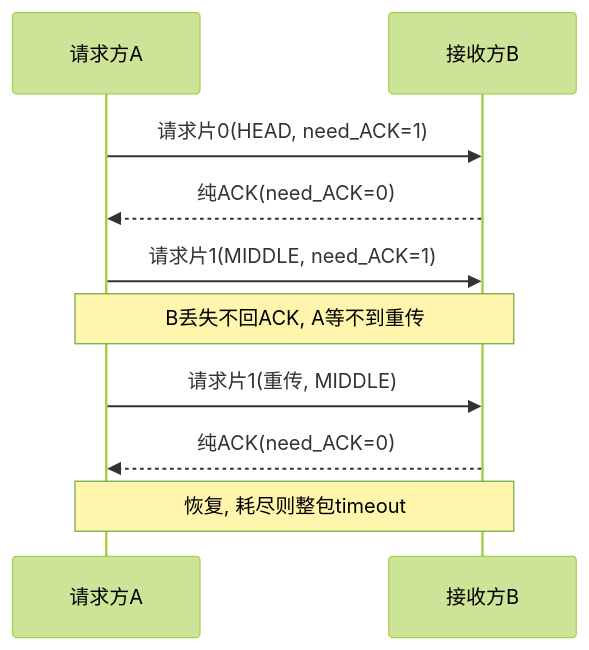
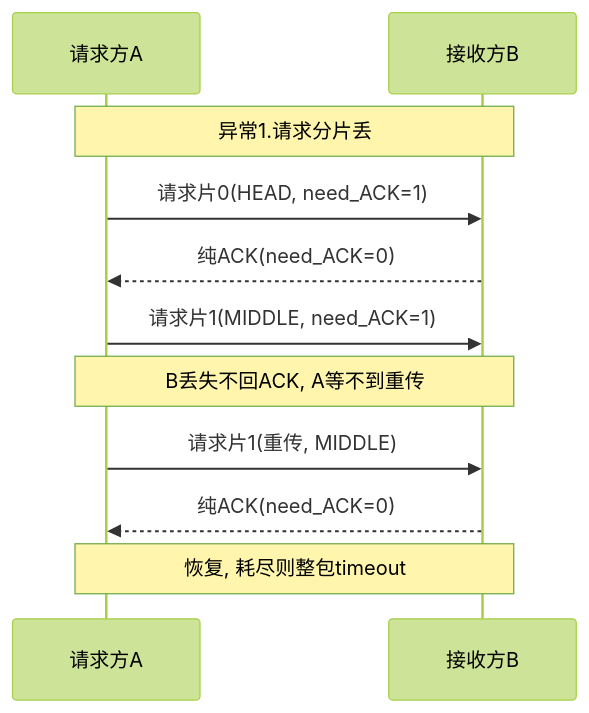
The seventh of 13 diagrams in 工作/项目/代码/260401S3分拣面板-SIA-R9000P.md (Siaiai/ObsidianNote), drawn with Mermaid (forest theme) before and after one commit. The commit also changed other lines of this file and 1 other file, not shown here.

````diff
--- a/工作/项目/代码/260401S3分拣面板-SIA-R9000P.md
+++ b/工作/项目/代码/260401S3分拣面板-SIA-R9000P.md
@@ -192,12 +197,13 @@
 ```mermaid
 sequenceDiagram
     participant A as 请求方A
     participant B as 接收方B
+    Note over A,B: 异常1.请求分片丢
     A->>B: 请求片0(HEAD, need_ACK=1)
     B-->>A: 纯ACK(need_ACK=0)
     A->>B: 请求片1(MIDDLE, need_ACK=1)
     Note over A,B: B丢失不回ACK, A等不到重传
     A->>B: 请求片1(重传, MIDDLE)
     B-->>A: 纯ACK(need_ACK=0)
     Note over A,B: 恢复, 耗尽则整包timeout
 ```
````
